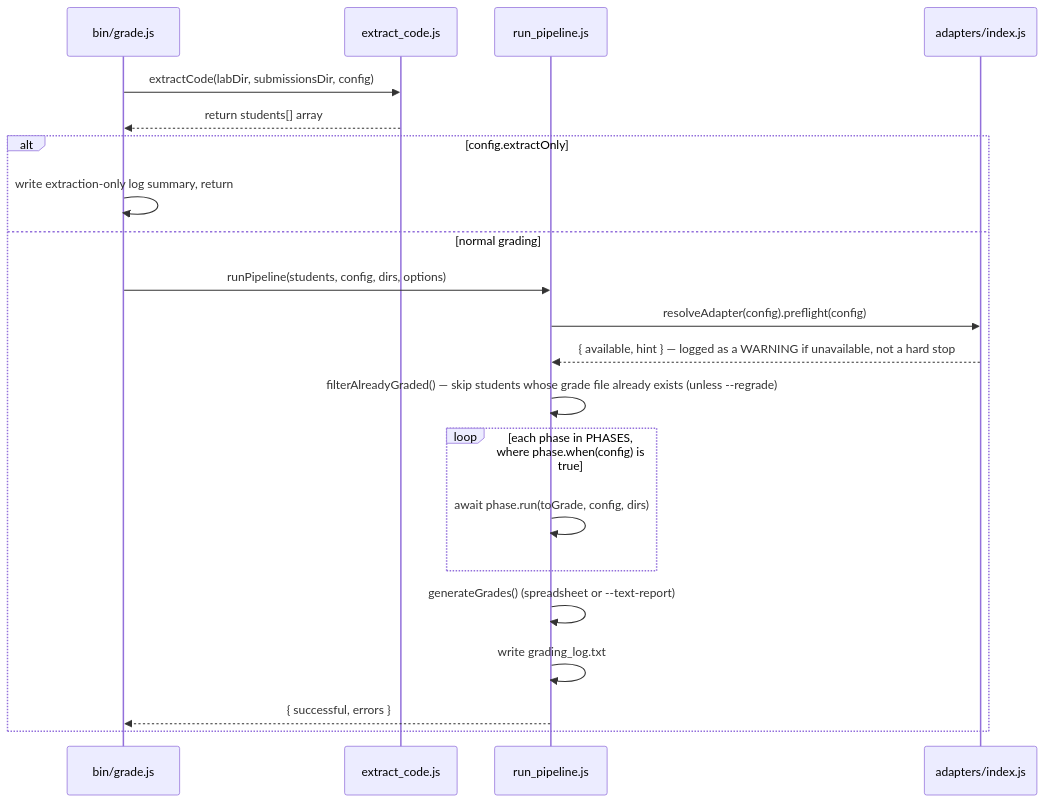
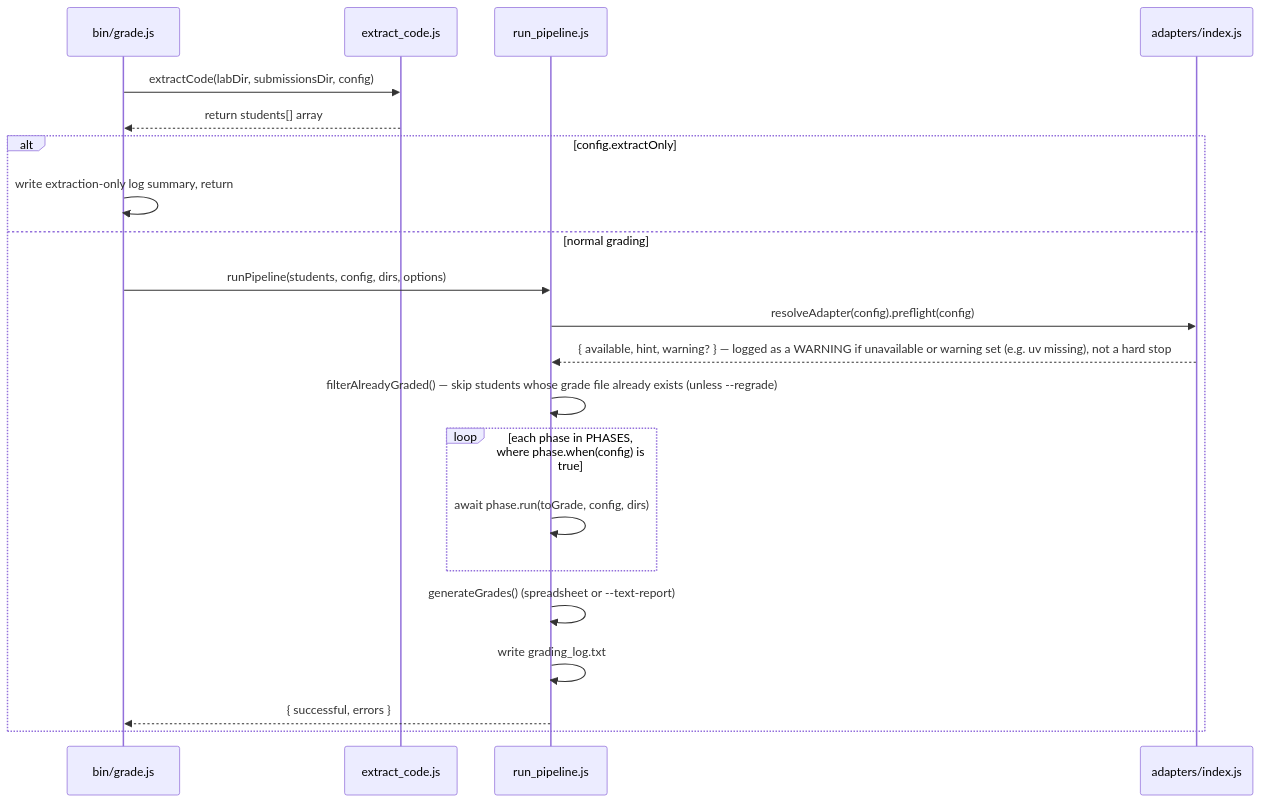
Before and after one commit to ProfBird/CS233JS-AI_Grading: the third of 6 diagrams in DEVELOPER_GUIDE.md, drawn with Mermaid. The commit also changed other lines of this file and 2 other files, not shown here.

````diff
--- a/DEVELOPER_GUIDE.md
+++ b/DEVELOPER_GUIDE.md
@@ -240,25 +246,25 @@
 ```mermaid
 sequenceDiagram
     participant grade as bin/grade.js
     participant extract as extract_code.js
     participant pipeline as run_pipeline.js
     participant adapter as adapters/index.js
 
     grade->>extract: extractCode(labDir, submissionsDir, config)
     extract-->>grade: return students[] array
 
     alt config.extractOnly
         grade->>grade: write extraction-only log summary, return
     else normal grading
         grade->>pipeline: runPipeline(students, config, dirs, options)
         pipeline->>adapter: resolveAdapter(config).preflight(config)
-        adapter-->>pipeline: { available, hint } — logged as a WARNING if unavailable, not a hard stop
+        adapter-->>pipeline: { available, hint, warning? } — logged as a WARNING if unavailable or warning set (e.g. uv missing), not a hard stop
         pipeline->>pipeline: filterAlreadyGraded() — skip students whose grade file already exists (unless --regrade)
         loop each phase in PHASES, where phase.when(config) is true
             pipeline->>pipeline: await phase.run(toGrade, config, dirs)
         end
         pipeline->>pipeline: generateGrades() (spreadsheet or --text-report)
         pipeline->>pipeline: write grading_log.txt
         pipeline-->>grade: { successful, errors }
     end
 ```
````
